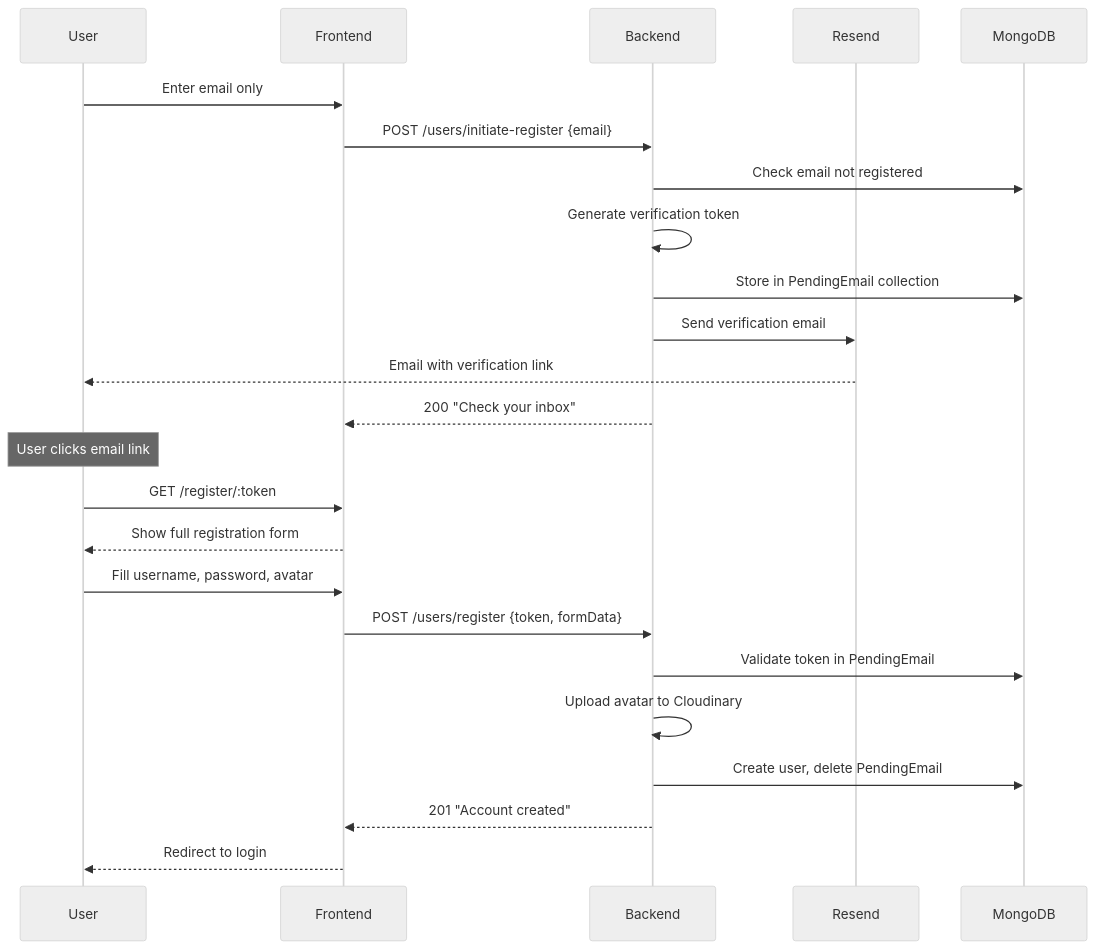
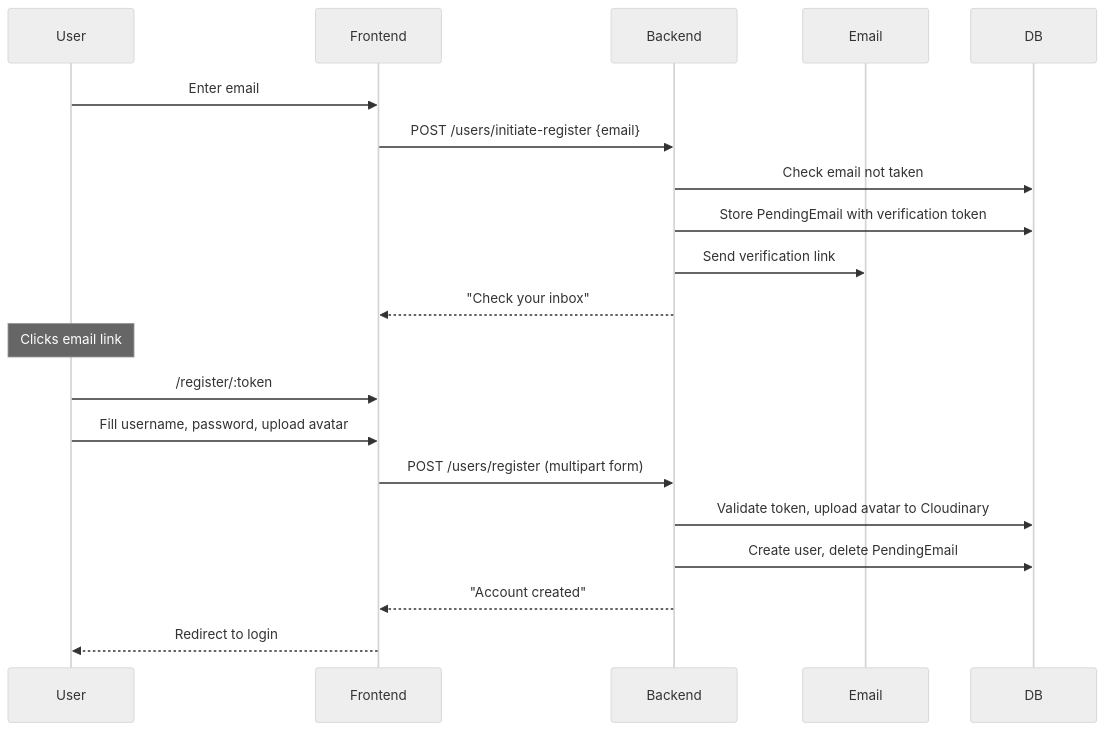
One commit to Makwana-Nikunj/b changed the third of 4 diagrams in README.md. Above: the diagram before and after it, drawn with Mermaid (neutral theme). The commit also changed other lines of this file and 1 other file, not shown here.

````diff
--- a/README.md
+++ b/README.md
@@ -210,29 +467,25 @@
 ```mermaid
 sequenceDiagram
     participant User
     participant Frontend
     participant Backend
-    participant Resend
-    participant MongoDB
+    participant Email
+    participant DB
 
-    User->>Frontend: Enter email only
+    User->>Frontend: Enter email
     Frontend->>Backend: POST /users/initiate-register {email}
-    Backend->>MongoDB: Check email not registered
-    Backend->>Backend: Generate verification token
-    Backend->>MongoDB: Store in PendingEmail collection
-    Backend->>Resend: Send verification email
-    Resend-->>User: Email with verification link
-    Backend-->>Frontend: 200 "Check your inbox"
-    
-    Note over User: User clicks email link
-    
-    User->>Frontend: GET /register/:token
-    Frontend-->>User: Show full registration form
-    User->>Frontend: Fill username, password, avatar
-    Frontend->>Backend: POST /users/register {token, formData}
-    Backend->>MongoDB: Validate token in PendingEmail
-    Backend->>Backend: Upload avatar to Cloudinary
-    Backend->>MongoDB: Create user, delete PendingEmail
-    Backend-->>Frontend: 201 "Account created"
+    Backend->>DB: Check email not taken
+    Backend->>DB: Store PendingEmail with verification token
+    Backend->>Email: Send verification link
+    Backend-->>Frontend: "Check your inbox"
+
+    Note over User: Clicks email link
+
+    User->>Frontend: /register/:token
+    User->>Frontend: Fill username, password, upload avatar
+    Frontend->>Backend: POST /users/register (multipart form)
+    Backend->>DB: Validate token, upload avatar to Cloudinary
+    Backend->>DB: Create user, delete PendingEmail
+    Backend-->>Frontend: "Account created"
     Frontend-->>User: Redirect to login
 ```
````
